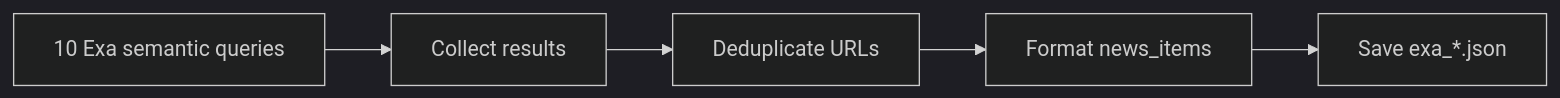
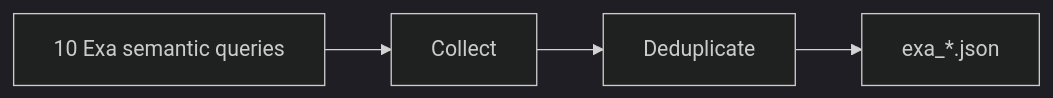
Before and after one commit to kobyal/ai-news-briefing: the eighth of 12 diagrams in README.md, drawn with Mermaid (dark theme). The commit also changed other lines of this file and 3 other files, not shown here.

````diff
--- a/README.md
+++ b/README.md
@@ -306,7 +306,6 @@
 ```mermaid
 flowchart LR
-    A["10 Exa semantic queries"] --> B["Collect results"]
-    B --> C["Deduplicate URLs"]
-    C --> D["Format news_items"]
-    D --> E["Save exa_*.json"]
+    A[10 Exa semantic queries] --> B[Collect]
+    B --> C[Deduplicate]
+    C --> D[exa_*.json]
 ```
````
